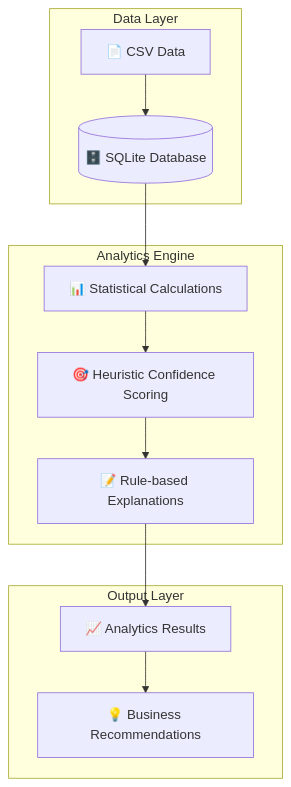
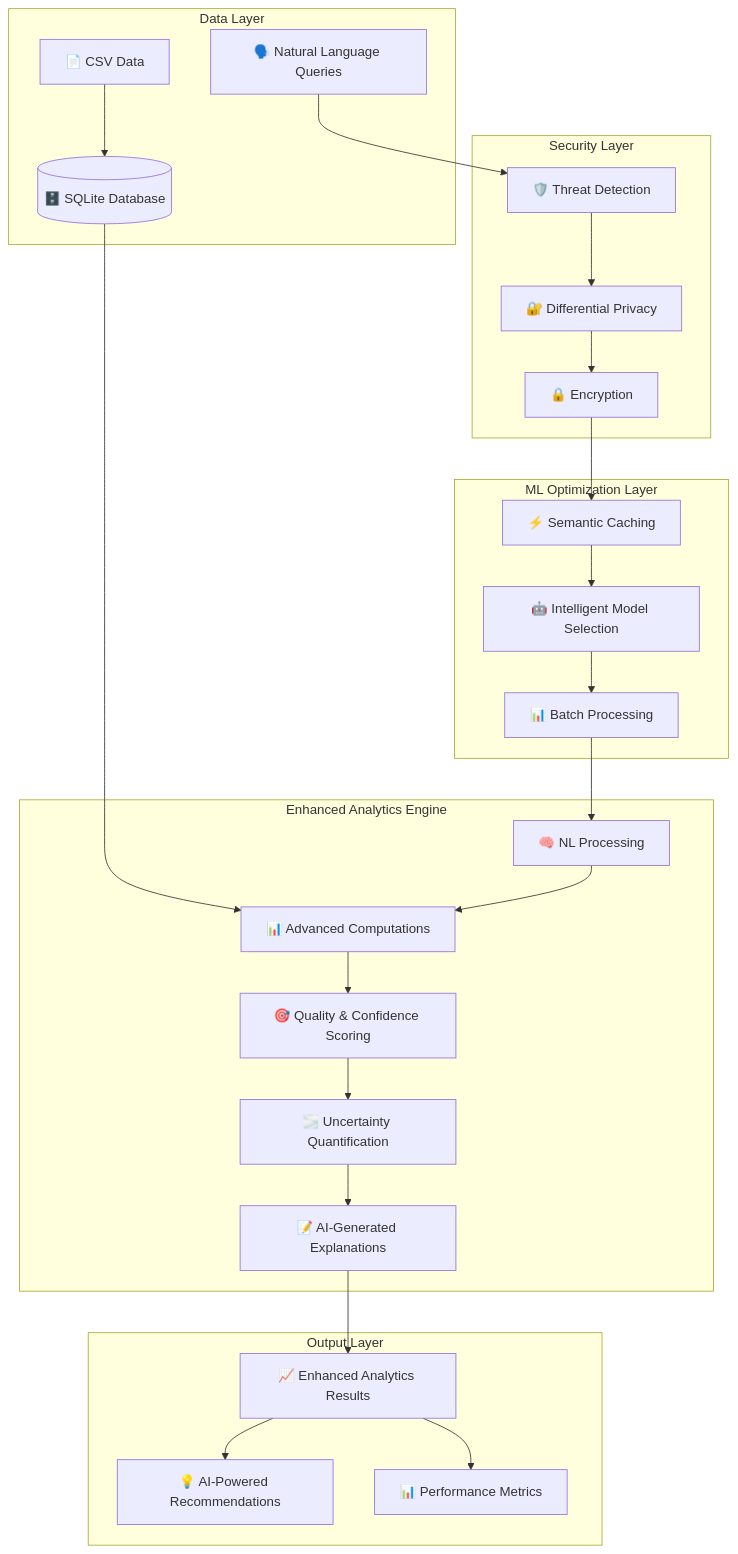
One commit to VIKAS9793/moatmetrics changed the diagram in moatmetrics/docs/ANALYTICS_SPEC.md. Above: the diagram before and after it, drawn with Mermaid. The commit also changed other lines of this file and 36 other files, not shown here.

````diff
--- a/moatmetrics/docs/ANALYTICS_SPEC.md
+++ b/moatmetrics/docs/ANALYTICS_SPEC.md
@@ -30,25 +30,51 @@
 ```mermaid
 flowchart TB
     subgraph "Data Layer"
         CSV["📄 CSV Data"]
+        NLQuery["🗣️ Natural Language Queries"]
         DB[("🗄️ SQLite Database")]
     end
     
-    subgraph "Analytics Engine"
-        Statistical["📊 Statistical Calculations"]
-        Confidence["🎯 Heuristic Confidence Scoring"]
-        Explanations["📝 Rule-based Explanations"]
+    subgraph "Security Layer"
+        ThreatDetection["🛡️ Threat Detection"]
+        DiffPrivacy["🔐 Differential Privacy"]
+        Encryption["🔒 Encryption"]
+    end
+    
+    subgraph "ML Optimization Layer"
+        SemanticCache["⚡ Semantic Caching"]
+        ModelSelection["🤖 Intelligent Model Selection"]
+        BatchOptimization["📊 Batch Processing"]
+    end
+    
+    subgraph "Enhanced Analytics Engine"
+        NLProcessing["🧠 NL Processing"]
+        MLAnalytics["📊 Advanced Computations"]
+        QualityScoring["🎯 Quality & Confidence Scoring"]
+        UncertaintyQuant["🌫️ Uncertainty Quantification"]
+        AIExplanations["📝 AI-Generated Explanations"]
     end
     
     subgraph "Output Layer"
-        Results["📈 Analytics Results"]
-        Recommendations["💡 Business Recommendations"]
+        Results["📈 Enhanced Analytics Results"]
+        Recommendations["💡 AI-Powered Recommendations"]
+        Metrics["📊 Performance Metrics"]
     end
     
     CSV --> DB
-    DB --> Statistical
-    Statistical --> Confidence
-    Confidence --> Explanations
-    Explanations --> Results
+    NLQuery --> ThreatDetection
+    ThreatDetection --> DiffPrivacy
+    DiffPrivacy --> Encryption
+    Encryption --> SemanticCache
+    SemanticCache --> ModelSelection
+    ModelSelection --> BatchOptimization
+    BatchOptimization --> NLProcessing
+    DB --> MLAnalytics
+    NLProcessing --> MLAnalytics
+    MLAnalytics --> QualityScoring
+    QualityScoring --> UncertaintyQuant
+    UncertaintyQuant --> AIExplanations
+    AIExplanations --> Results
     Results --> Recommendations
+    Results --> Metrics
 ```
````
